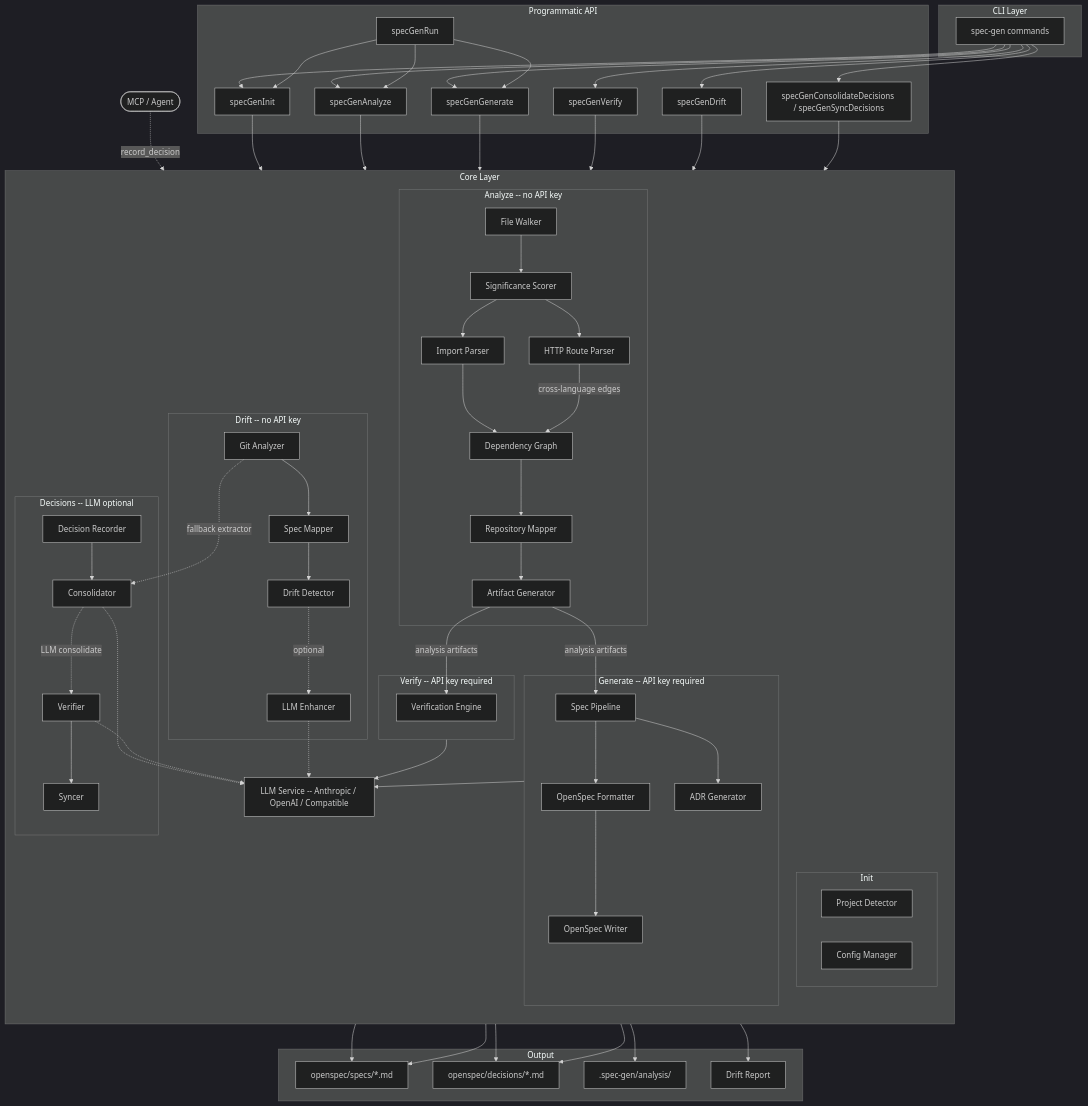
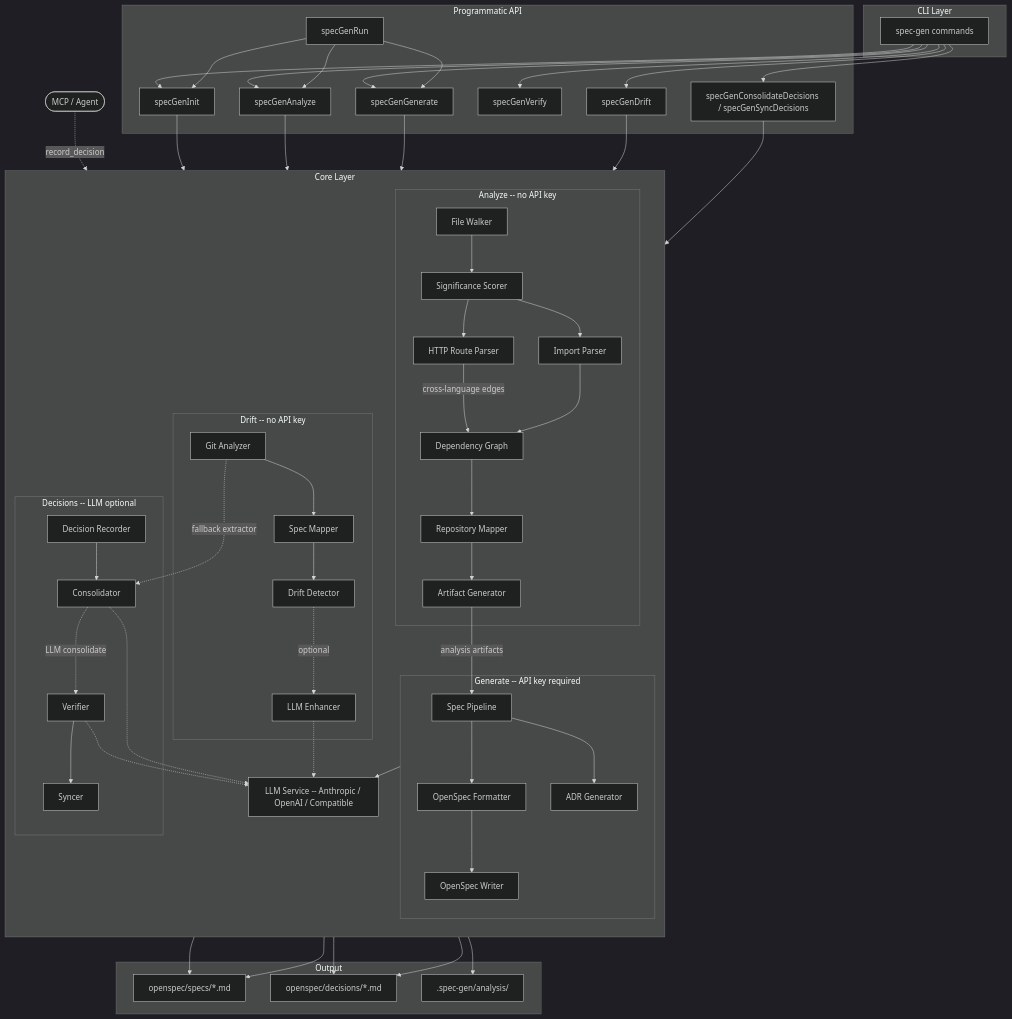
One commit to laurentftech/spec-gen changed the diagram in README.md. Above: the diagram before and after it, drawn with Mermaid (dark theme). The commit also changed other lines of this file and 14 other files, not shown here.

````diff
--- a/README.md
+++ b/README.md
@@ -190,11 +183,6 @@
     subgraph Core["Core Layer"]
         direction TB
 
-        subgraph Init["Init"]
-            PD[Project Detector]
-            CM[Config Manager]
-        end
-
         subgraph Analyze["Analyze -- no API key"]
             FW[File Walker] --> SS[Significance Scorer]
             SS --> IP[Import Parser]
@@ -209,10 +197,6 @@
             SP[Spec Pipeline] --> FF[OpenSpec Formatter]
             FF --> OW[OpenSpec Writer]
             SP --> ADR[ADR Generator]
-        end
-
-        subgraph Verify["Verify -- API key required"]
-            VE[Verification Engine]
         end
 
         subgraph Drift["Drift -- no API key"]
@@ -235,15 +219,13 @@
     CMD --> API_INIT & API_ANALYZE & API_GENERATE & API_VERIFY & API_DRIFT & API_DECISIONS
     API_RUN --> API_INIT & API_ANALYZE & API_GENERATE
 
-    API_INIT --> Init
+    API_INIT --> Analyze
     API_ANALYZE --> Analyze
     API_GENERATE --> Generate
-    API_VERIFY --> Verify
     API_DRIFT --> Drift
     API_DECISIONS --> Decisions
 
     Generate --> LLM
-    Verify --> LLM
     LE -.-> LLM
     DC -.-> LLM
     DV -.-> LLM
@@ -251,19 +233,16 @@
     MCP([MCP / Agent]) -.->|record_decision| DR
 
     AG -->|analysis artifacts| SP
-    AG -->|analysis artifacts| VE
 
     subgraph Output["Output"]
         SPECS[openspec/specs/*.md]
         ADRS[openspec/decisions/*.md]
         ANALYSIS[.spec-gen/analysis/]
-        REPORT[Drift Report]
     end
 
     OW --> SPECS
     ADR --> ADRS
     AG --> ANALYSIS
-    DD --> REPORT
     DS --> SPECS
     DS --> ADRS
 ```
````
